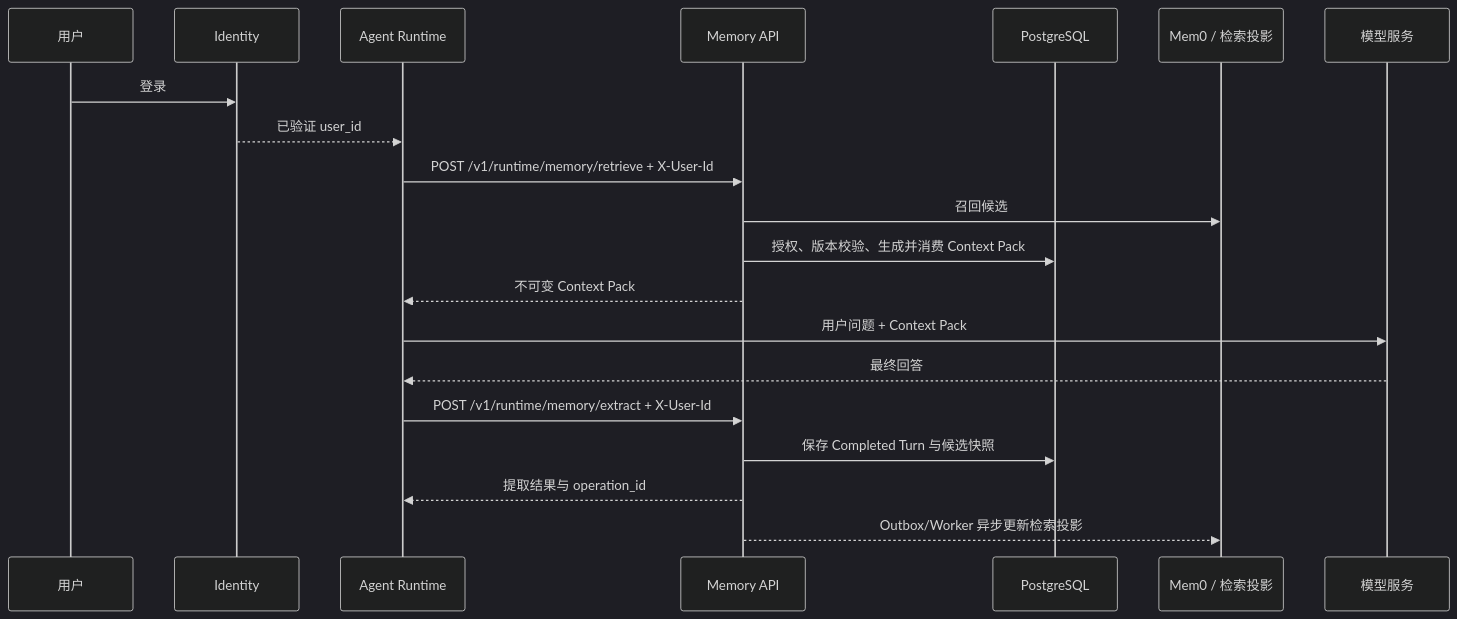
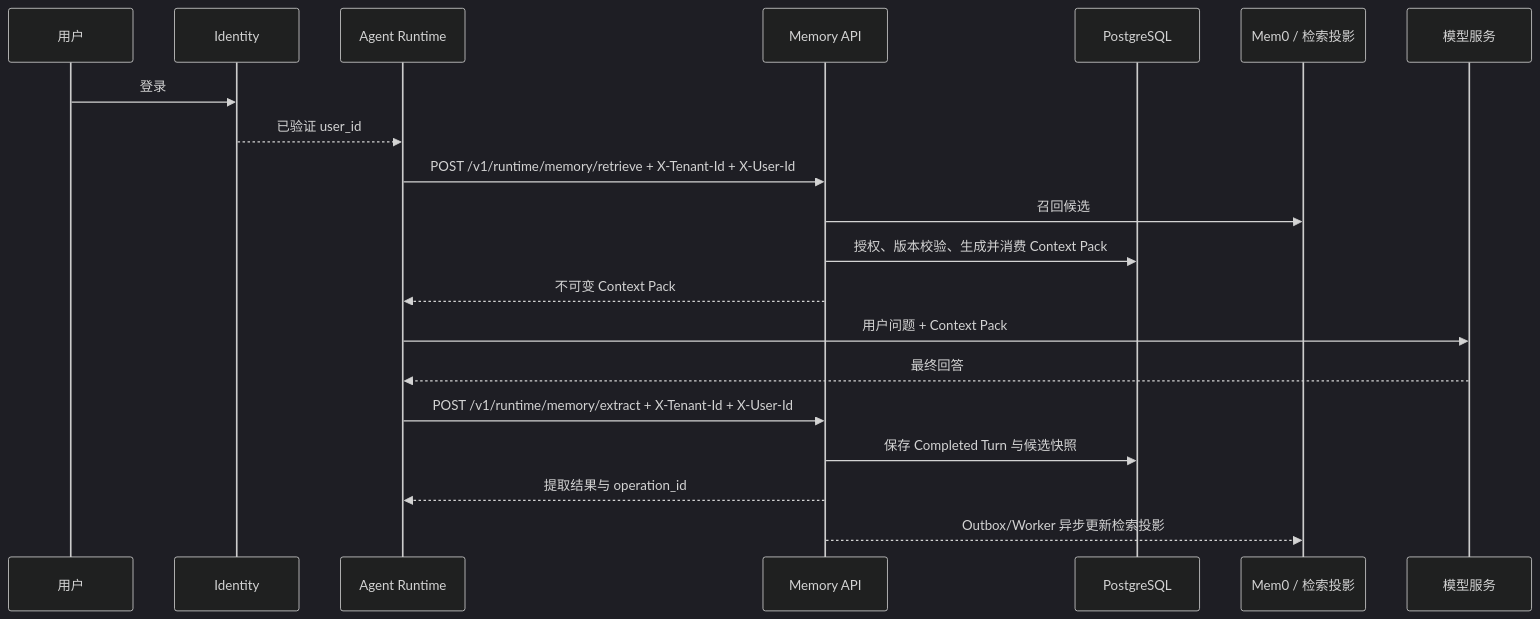
One commit to DongRuibo/drb-Memory-system changed the diagram in docs/26-identity-runtime-integration.md. Above: the diagram before and after it, drawn with Mermaid (dark theme). The commit also changed other lines of this file and 35 other files, not shown here.

````diff
--- a/docs/26-identity-runtime-integration.md
+++ b/docs/26-identity-runtime-integration.md
@@ -13,23 +14,23 @@
 ```mermaid
 sequenceDiagram
     participant U as 用户
     participant I as Identity
     participant A as Agent Runtime
     participant M as Memory API
     participant P as PostgreSQL
     participant V as Mem0 / 检索投影
     participant L as 模型服务
 
     U->>I: 登录
     I-->>A: 已验证 user_id
-    A->>M: POST /v1/runtime/memory/retrieve + X-User-Id
+    A->>M: POST /v1/runtime/memory/retrieve + X-Tenant-Id + X-User-Id
     M->>V: 召回候选
     M->>P: 授权、版本校验、生成并消费 Context Pack
     M-->>A: 不可变 Context Pack
     A->>L: 用户问题 + Context Pack
     L-->>A: 最终回答
-    A->>M: POST /v1/runtime/memory/extract + X-User-Id
+    A->>M: POST /v1/runtime/memory/extract + X-Tenant-Id + X-User-Id
     M->>P: 保存 Completed Turn 与候选快照
     M-->>A: 提取结果与 operation_id
     M-->>V: Outbox/Worker 异步更新检索投影
 ```
````
